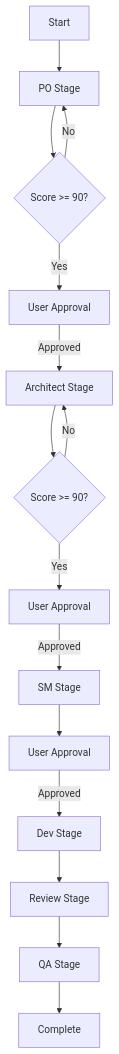
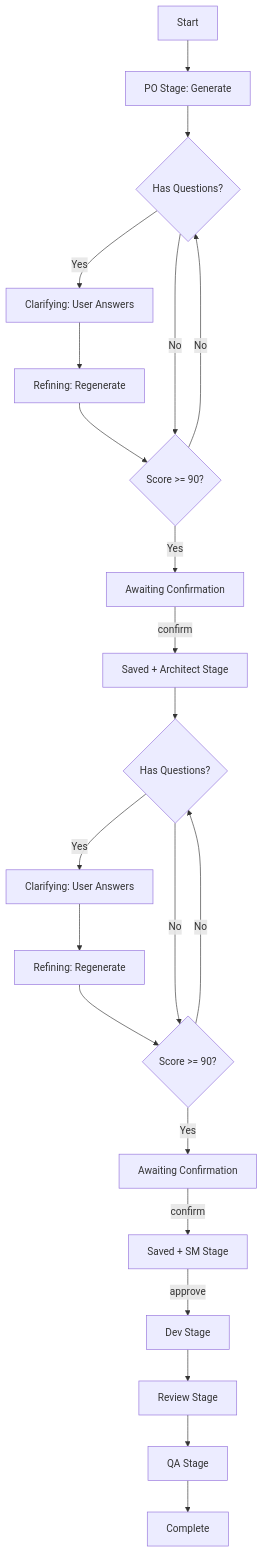
One commit to cexll/bmad-mcp-server changed the diagram in README.md. Above: the diagram before and after it, drawn with Mermaid. The commit also changed other lines of this file, not shown here.

````diff
--- a/README.md
+++ b/README.md
@@ -294,17 +388,24 @@
 ```mermaid
 graph TD
-    A[Start] --> B[PO Stage]
-    B --> C{Score >= 90?}
-    C -->|No| B
-    C -->|Yes| D[User Approval]
-    D -->|Approved| E[Architect Stage]
+    A[Start] --> B[PO Stage: Generate]
+    B --> C{Has Questions?}
+    C -->|Yes| D[Clarifying: User Answers]
+    D --> E[Refining: Regenerate]
     E --> F{Score >= 90?}
-    F -->|No| E
-    F -->|Yes| G[User Approval]
-    G -->|Approved| H[SM Stage]
-    H --> I[User Approval]
-    I -->|Approved| J[Dev Stage]
-    J --> K[Review Stage]
-    K --> L[QA Stage]
-    L --> M[Complete]
+    C -->|No| F
+    F -->|No| C
+    F -->|Yes| G[Awaiting Confirmation]
+    G -->|confirm| H[Saved + Architect Stage]
+    H --> I{Has Questions?}
+    I -->|Yes| J[Clarifying: User Answers]
+    J --> K[Refining: Regenerate]
+    K --> L{Score >= 90?}
+    I -->|No| L
+    L -->|No| I
+    L -->|Yes| M[Awaiting Confirmation]
+    M -->|confirm| N[Saved + SM Stage]
+    N -->|approve| O[Dev Stage]
+    O --> P[Review Stage]
+    P --> Q[QA Stage]
+    Q --> R[Complete]
 ```
````
